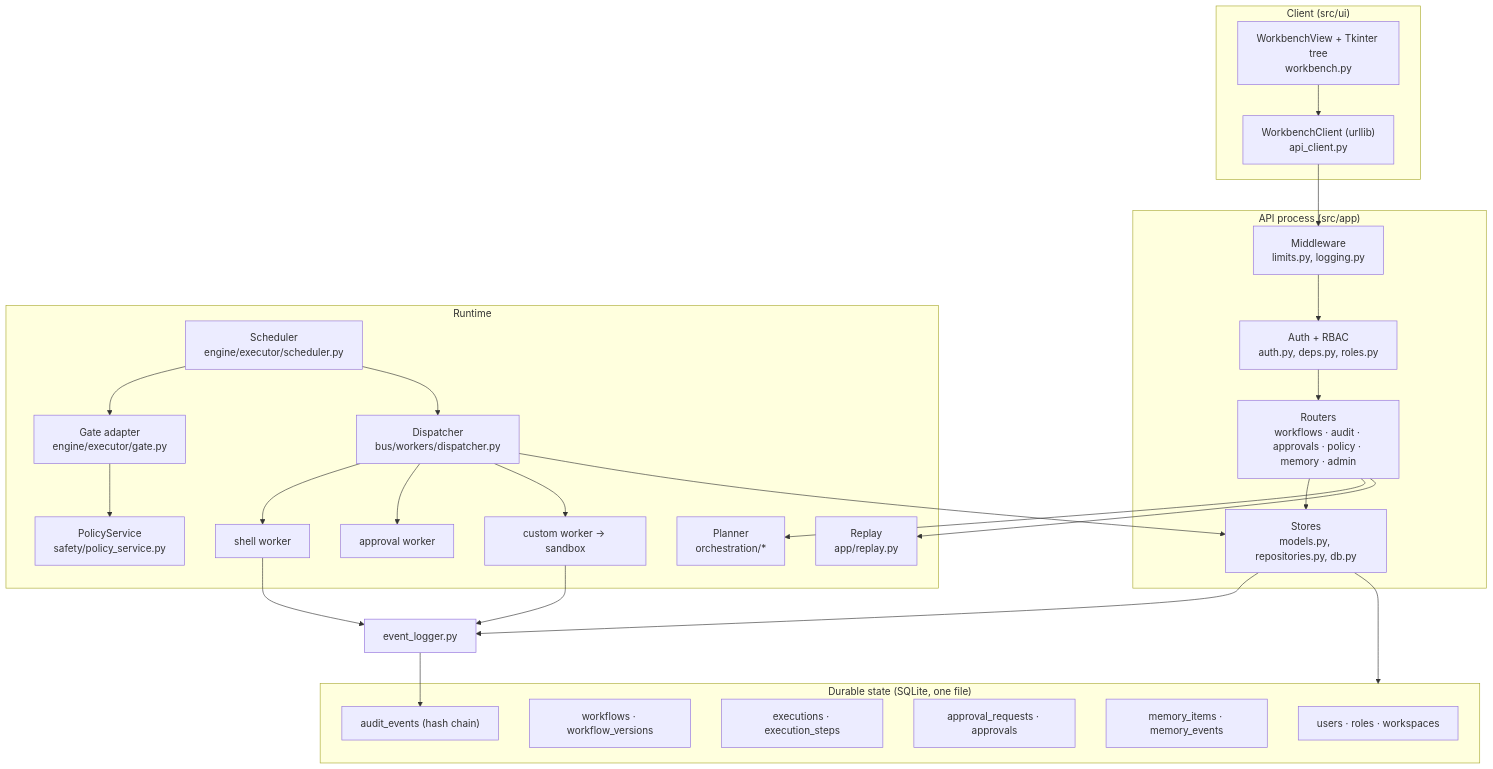
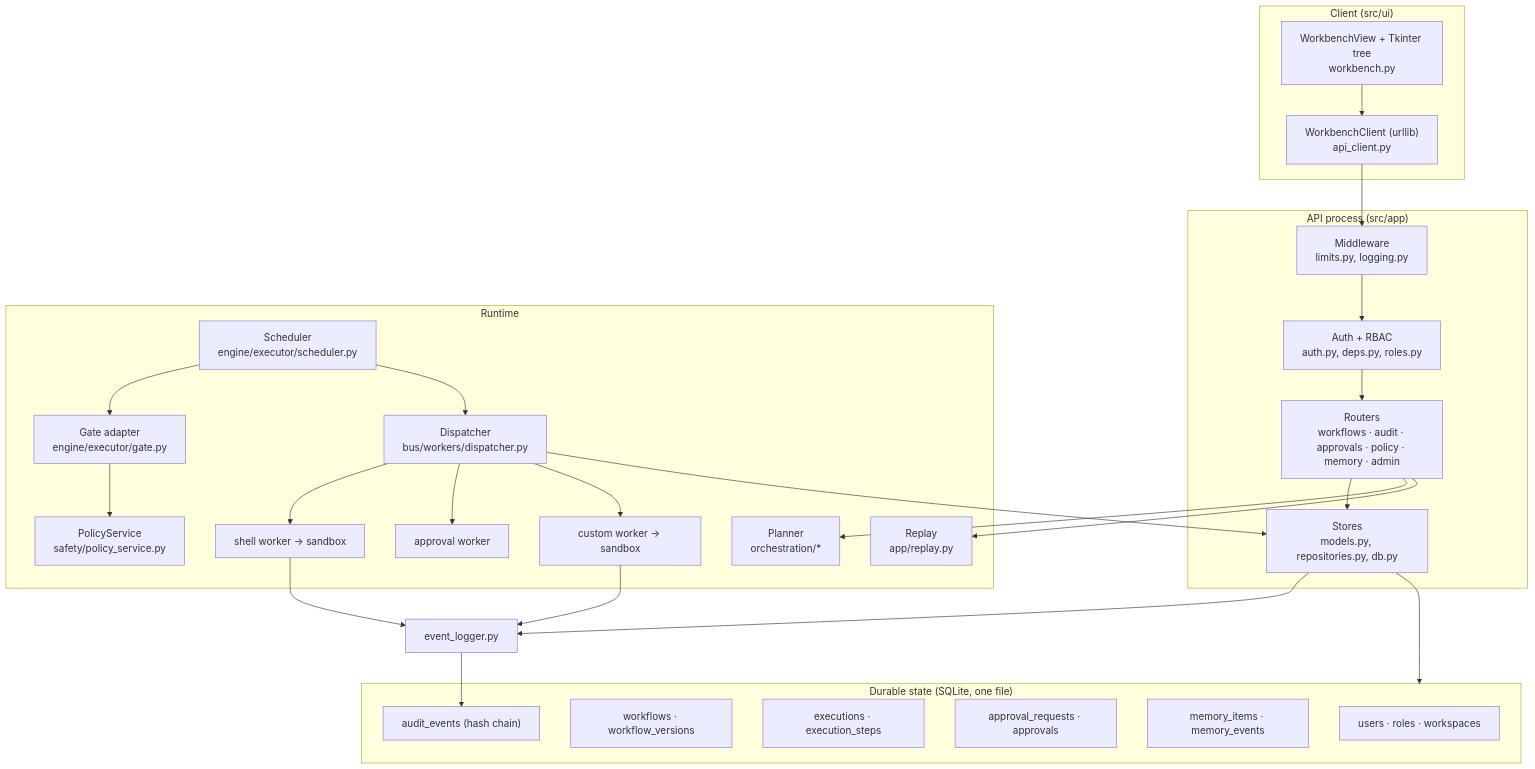
One commit to amir-khoshdel-louyeh/auto-system-agent changed the second of 8 diagrams in docs/ARCHITECTURE.md. Above: the diagram before and after it, drawn with Mermaid. The commit also changed other lines of this file and 27 other files, not shown here.

````diff
--- a/docs/ARCHITECTURE.md
+++ b/docs/ARCHITECTURE.md
@@ -47,45 +47,45 @@
 ```mermaid
 flowchart TB
   subgraph client["Client (src/ui)"]
     WB["WorkbenchView + Tkinter tree<br/>workbench.py"]
     HC["WorkbenchClient (urllib)<br/>api_client.py"]
   end
   subgraph app["API process (src/app)"]
     MW["Middleware<br/>limits.py, logging.py"]
     AUTH["Auth + RBAC<br/>auth.py, deps.py, roles.py"]
     ROUTES["Routers<br/>workflows · audit · approvals · policy · memory · admin"]
     STORES["Stores<br/>models.py, repositories.py, db.py"]
   end
   subgraph runtime["Runtime"]
     SCHED["Scheduler<br/>engine/executor/scheduler.py"]
     GATE["Gate adapter<br/>engine/executor/gate.py"]
     POLICY["PolicyService<br/>safety/policy_service.py"]
     PLAN["Planner<br/>orchestration/*"]
     DISP["Dispatcher<br/>bus/workers/dispatcher.py"]
-    WSH["shell worker"]
+    WSH["shell worker -> sandbox"]
     WAP["approval worker"]
     WCU["custom worker -> sandbox"]
     REPLAY["Replay<br/>app/replay.py"]
   end
   subgraph durable["Durable state (SQLite, one file)"]
     T1["users · roles · workspaces"]
     T2["workflows · workflow_versions"]
     T3["executions · execution_steps"]
     T4["approval_requests · approvals"]
     T5["memory_items · memory_events"]
     T6["audit_events (hash chain)"]
   end
   WB --> HC --> MW --> AUTH --> ROUTES --> STORES --> durable
   ROUTES --> PLAN
   ROUTES --> REPLAY
   SCHED --> GATE --> POLICY
   SCHED --> DISP
   DISP --> WSH
   DISP --> WAP
   DISP --> WCU
   DISP --> STORES
   PUB["event_logger.py"] --> T6
   STORES --> PUB
   WSH --> PUB
   WCU --> PUB
 ```
````
